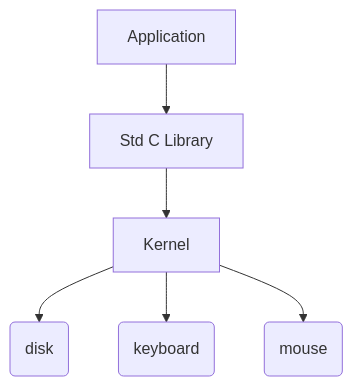
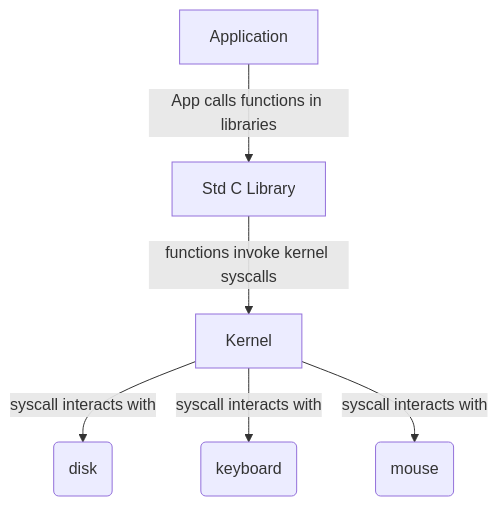
One commit to coryStephenson/coryStephenson.github.io changed the first of 2 diagrams in README.md. Above: the diagram before and after it, drawn with Mermaid. The commit also changed other lines of this file, not shown here.

````diff
--- a/README.md
+++ b/README.md
@@ -3,8 +5,8 @@
 ```mermaid
 graph TD
-A[Application]-->B[Std C Library]
-B-->C[Kernel]
-C-->D(disk)
-C-->E(keyboard)
-C-->F(mouse)
+A[Application]--App calls functions in libraries-->B[Std C Library]
+B--functions invoke kernel syscalls-->C[Kernel]
+C--syscall interacts with-->D(disk)
+C--syscall interacts with-->E(keyboard)
+C--syscall interacts with-->F(mouse)
 ```
````
